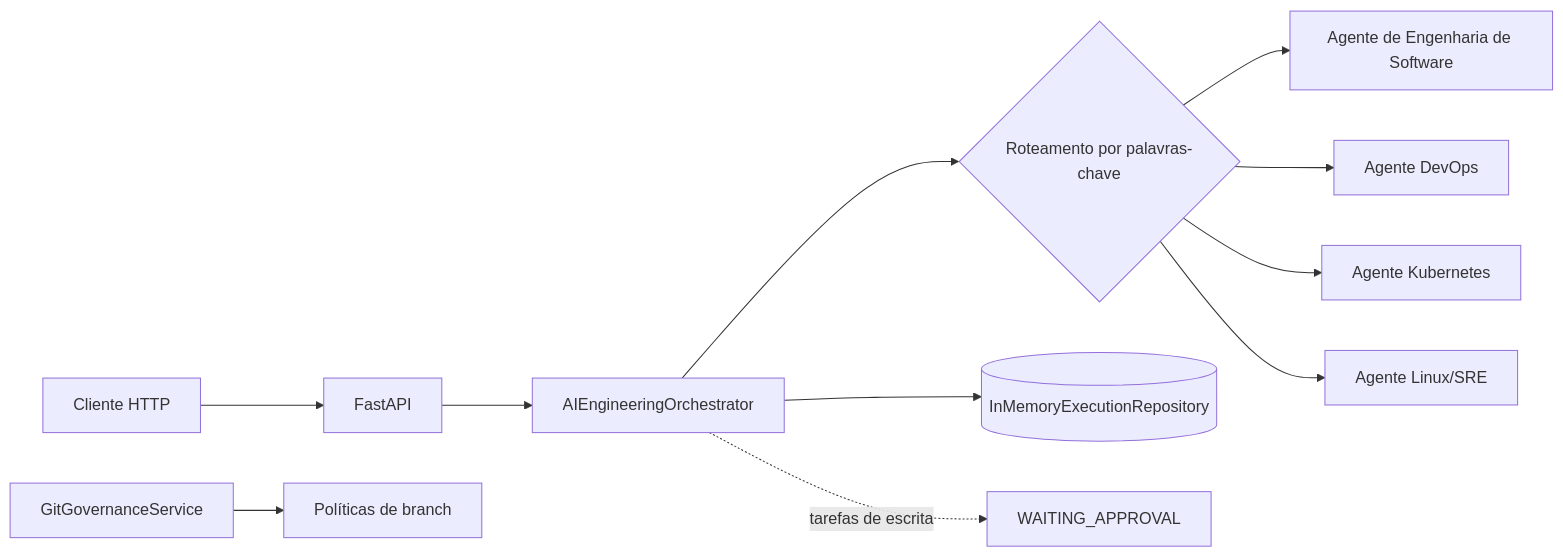
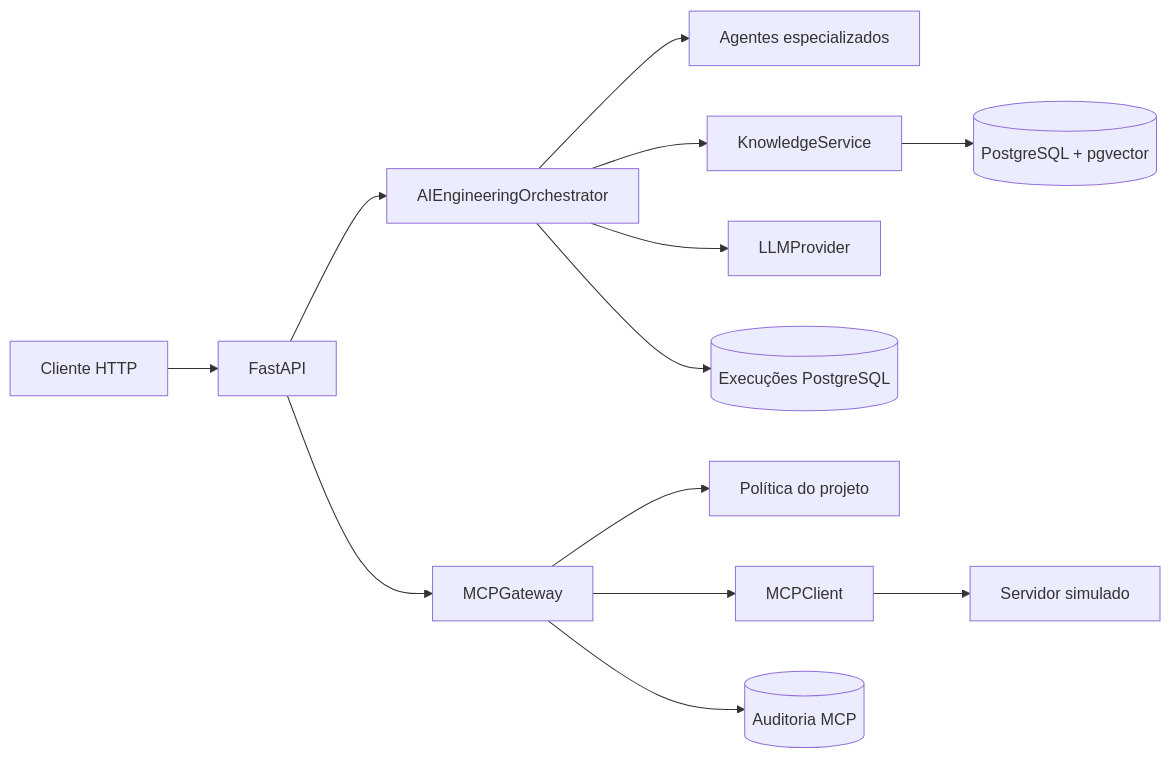
Before and after one commit to AriRoberto/ai-engineering-orchestrator: the first of 3 diagrams in docs/pt-BR/guia-arquitetura.md, drawn with Mermaid. The commit also changed other lines of this file and 40 other files, not shown here.

Commit message:
feat: adicionar persistência, MCP governado e agentes da fase 3

````diff
--- a/docs/pt-BR/guia-arquitetura.md
+++ b/docs/pt-BR/guia-arquitetura.md
@@ -8,13 +8,15 @@
 ```mermaid
 flowchart LR
     C[Cliente HTTP] --> API[FastAPI]
     API --> O[AIEngineeringOrchestrator]
-    O --> R{Roteamento por palavras-chave}
-    R --> SE[Agente de Engenharia de Software]
-    R --> DO[Agente DevOps]
-    R --> K8[Agente Kubernetes]
-    R --> SR[Agente Linux/SRE]
-    O --> MEM[(InMemoryExecutionRepository)]
-    O -. tarefas de escrita .-> HA[WAITING_APPROVAL]
-    GG[GitGovernanceService] --> PB[Políticas de branch]
+    O --> A[Agentes especializados]
+    O --> K[KnowledgeService]
+    O --> L[LLMProvider]
+    O --> E[(Execuções PostgreSQL)]
+    K --> V[(PostgreSQL + pgvector)]
+    API --> M[MCPGateway]
+    M --> P[Política do projeto]
+    M --> S[MCPClient]
+    M --> AU[(Auditoria MCP)]
+    S --> D[Servidor simulado]
 ```
````
